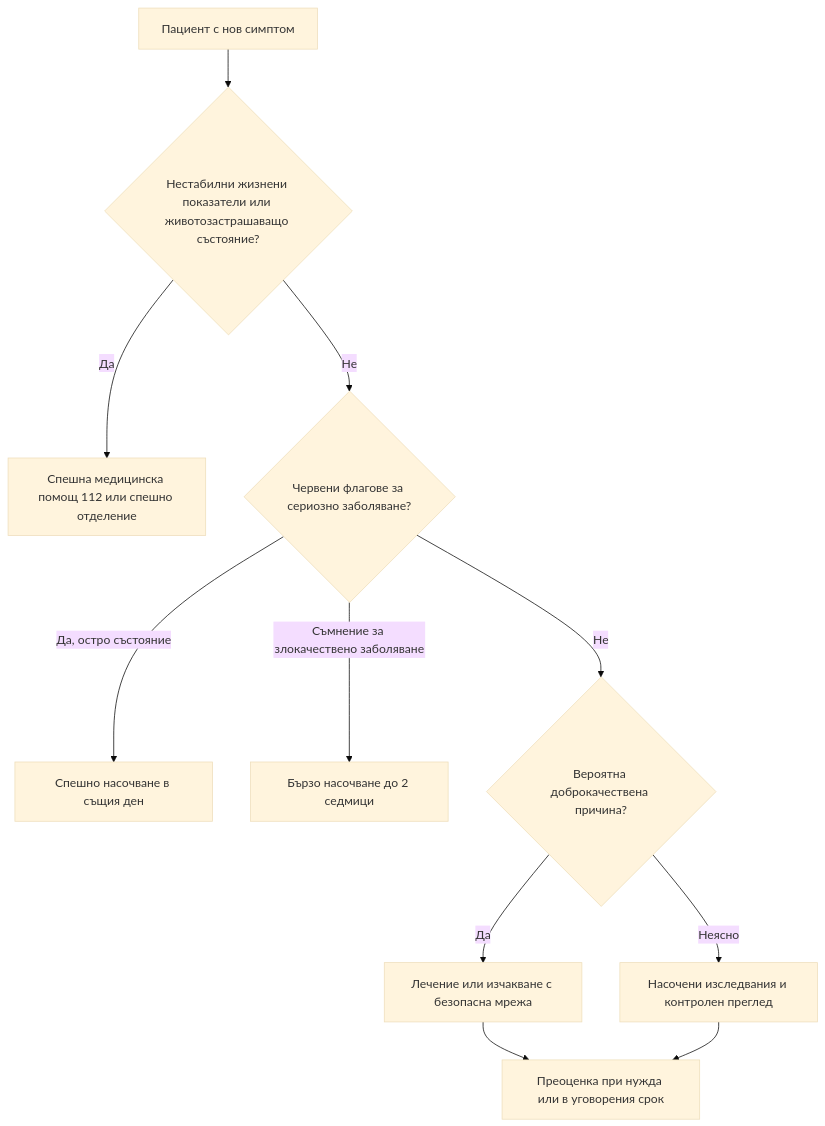
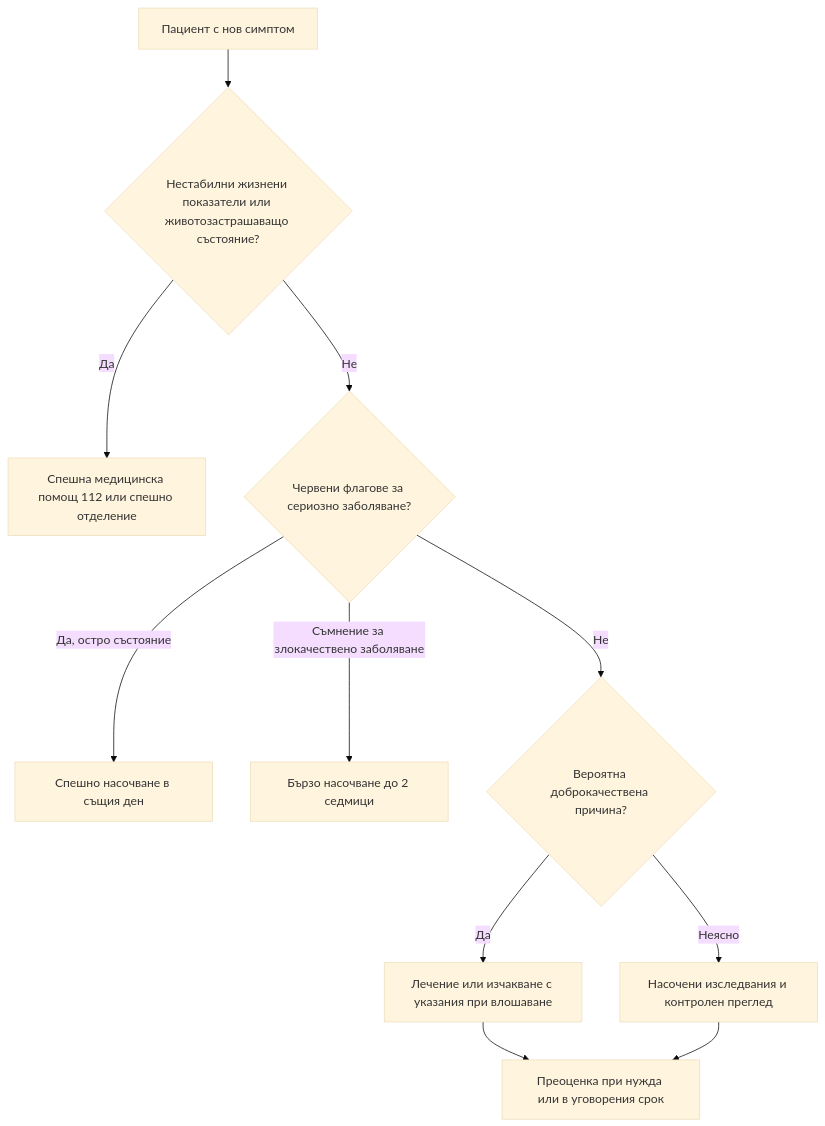
Before and after one commit to yancho26/yancho: the diagram in glavi/03-obshta-praktika.md, drawn with Mermaid (base theme). The commit also changed other lines of this file and 90 other files, not shown here.

````diff
--- a/glavi/03-obshta-praktika.md
+++ b/glavi/03-obshta-praktika.md
@@ -257,15 +257,15 @@
 ```mermaid
 flowchart TD
     accTitle: Алгоритъм за спешност на насочването
     accDescr: Блок-схема. Начало: Пациент с нов симптом. Въпроси: Нестабилни жизнени показатели или животозастрашаващо състояние? · Червени флагове за сериозно заболяване? · Вероятна доброкачествена причина? Пълното текстово описание е под схемата.
     A["Пациент с нов симптом"] --> B{"Нестабилни жизнени показатели или животозастрашаващо състояние?"}
     B -->|Да| C["Спешна медицинска помощ 112 или спешно отделение"]
     B -->|Не| D{"Червени флагове за сериозно заболяване?"}
     D -->|Да, остро състояние| E["Спешно насочване в същия ден"]
     D -->|Съмнение за злокачествено заболяване| F["Бързо насочване до 2 седмици"]
     D -->|Не| G{"Вероятна доброкачествена причина?"}
-    G -->|Да| H["Лечение или изчакване с безопасна мрежа"]
+    G -->|Да| H["Лечение или изчакване с указания при влошаване"]
     G -->|Неясно| I["Насочени изследвания и контролен преглед"]
     H --> J["Преоценка при нужда или в уговорения срок"]
     I --> J
 ```
````
